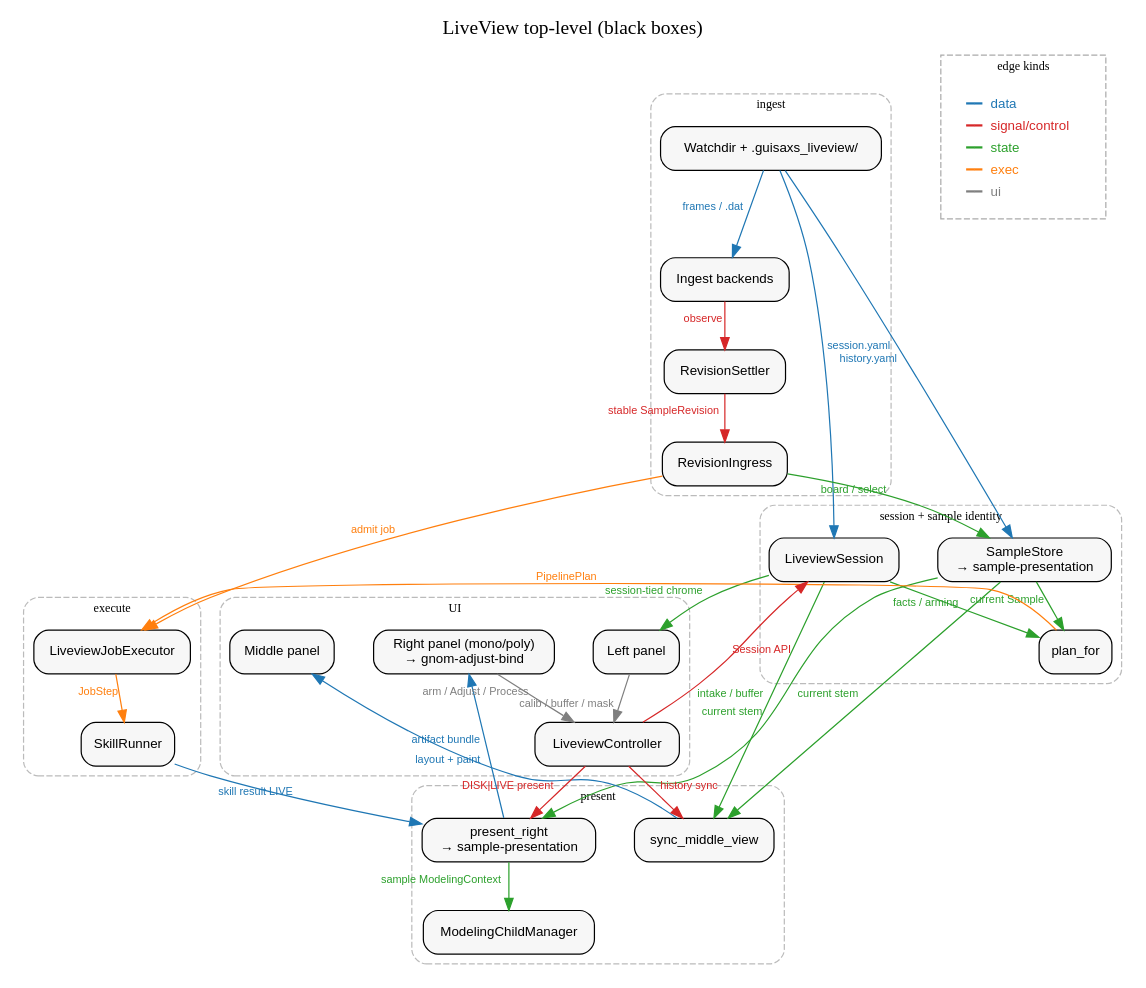
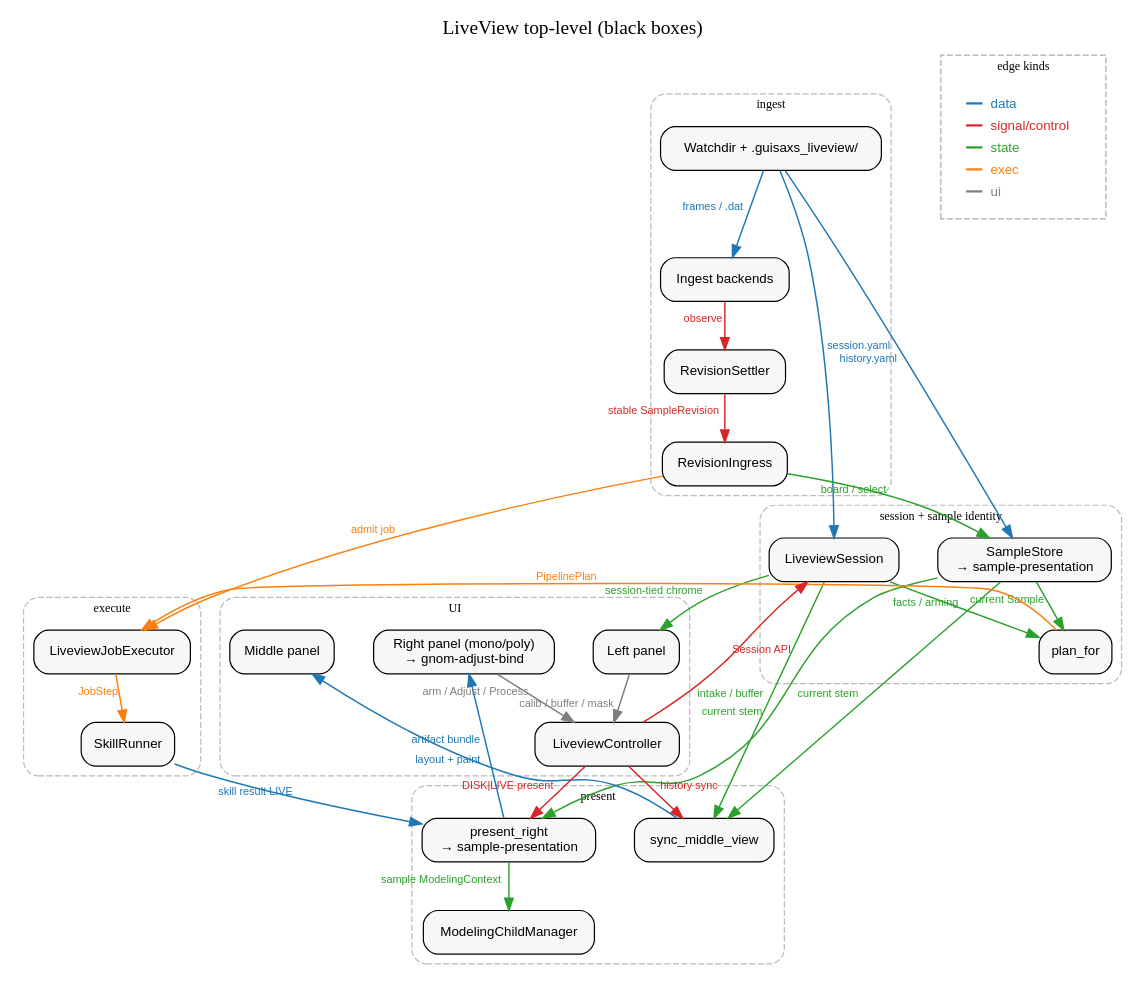
Before and after one commit to MikhailLifar/autoSAXS: the diagram in docs/architecture/liveview/diagrams/top.dot, drawn with Graphviz. The commit also changed 10 other files, not shown here.

First line of the commit message:
docs(architecture): mono vs GNOM Adjust bug/fix Graphviz scenarios

```diff
--- a/docs/architecture/liveview/diagrams/top.dot
+++ b/docs/architecture/liveview/diagrams/top.dot
@@ -1,73 +1,73 @@
 digraph {
   graph [rankdir=TB, labelloc="t", label="LiveView top-level (black boxes)", fontsize=16, nodesep=0.45, ranksep=0.55, splines=true, overlap=false];
   node [shape=box, style="rounded,filled", fillcolor="#f7f7f7", fontname="Helvetica", fontsize=11];
   edge [fontname="Helvetica", fontsize=9];
 
   subgraph cluster_ingest {
     label="ingest"; style="rounded,dashed"; color="#bbbbbb"; fontsize=10;
     "watchdir" [label="Watchdir + .guisaxs_liveview/"];
     "ingest_backends" [label="Ingest backends"];
     "settler" [label="RevisionSettler"];
     "ingress" [label="RevisionIngress"];
   }
 
   subgraph cluster_facts {
     label="session + sample identity"; style="rounded,dashed"; color="#bbbbbb"; fontsize=10;
     "session" [label="LiveviewSession"];
     "sample_store" [label="SampleStore\n→ sample-presentation"];
     "planner" [label="plan_for"];
   }
 
   subgraph cluster_run {
     label="execute"; style="rounded,dashed"; color="#bbbbbb"; fontsize=10;
     "executor" [label="LiveviewJobExecutor"];
     "skill_runner" [label="SkillRunner"];
   }
 
   subgraph cluster_present {
     label="present"; style="rounded,dashed"; color="#bbbbbb"; fontsize=10;
     "middle_sync" [label="sync_middle_view"];
     "present_right" [label="present_right\n→ sample-presentation"];
     "modeling" [label="ModelingChildManager"];
   }
 
   subgraph cluster_ui {
     label="UI"; style="rounded,dashed"; color="#bbbbbb"; fontsize=10;
     "controller" [label="LiveviewController"];
     "ui_left" [label="Left panel"];
     "ui_middle" [label="Middle panel"];
     "ui_right" [label="Right panel (mono/poly)\n→ gnom-adjust-bind"];
   }
 
 
-  "watchdir" -> "ingest_backends" [color="#1f77b4", fontcolor="#1f77b4", xlabel="frames / .dat"];
-  "ingest_backends" -> "settler" [color="#d62728", fontcolor="#d62728", xlabel="observe"];
-  "settler" -> "ingress" [color="#d62728", fontcolor="#d62728", xlabel="stable SampleRevision"];
-  "ingress" -> "sample_store" [color="#2ca02c", fontcolor="#2ca02c", xlabel="board / select"];
-  "ingress" -> "executor" [color="#ff7f0e", fontcolor="#ff7f0e", xlabel="admit job"];
-  "sample_store" -> "planner" [color="#2ca02c", fontcolor="#2ca02c", xlabel="current Sample"];
-  "session" -> "planner" [color="#2ca02c", fontcolor="#2ca02c", xlabel="facts / arming"];
-  "planner" -> "executor" [color="#ff7f0e", fontcolor="#ff7f0e", xlabel="PipelinePlan"];
-  "executor" -> "skill_runner" [color="#ff7f0e", fontcolor="#ff7f0e", xlabel="JobStep"];
-  "skill_runner" -> "present_right" [color="#1f77b4", fontcolor="#1f77b4", xlabel="skill result LIVE"];
-  "sample_store" -> "middle_sync" [color="#2ca02c", fontcolor="#2ca02c", xlabel="current stem"];
-  "session" -> "middle_sync" [color="#2ca02c", fontcolor="#2ca02c", xlabel="intake / buffer"];
-  "sample_store" -> "present_right" [color="#2ca02c", fontcolor="#2ca02c", xlabel="current stem"];
-  "present_right" -> "ui_right" [color="#1f77b4", fontcolor="#1f77b4", xlabel="artifact bundle"];
-  "middle_sync" -> "ui_middle" [color="#1f77b4", fontcolor="#1f77b4", xlabel="layout + paint"];
-  "controller" -> "session" [color="#d62728", fontcolor="#d62728", xlabel="Session API"];
-  "controller" -> "middle_sync" [color="#d62728", fontcolor="#d62728", xlabel="history sync"];
-  "controller" -> "present_right" [color="#d62728", fontcolor="#d62728", xlabel="DISK|LIVE present"];
-  "ui_left" -> "controller" [color="#7f7f7f", fontcolor="#7f7f7f", xlabel="calib / buffer / mask"];
-  "ui_right" -> "controller" [color="#7f7f7f", fontcolor="#7f7f7f", xlabel="arm / Adjust / Process"];
-  "session" -> "ui_left" [color="#2ca02c", fontcolor="#2ca02c", xlabel="session-tied chrome"];
-  "present_right" -> "modeling" [color="#2ca02c", fontcolor="#2ca02c", xlabel="sample ModelingContext"];
-  "watchdir" -> "session" [color="#1f77b4", fontcolor="#1f77b4", xlabel="session.yaml"];
-  "watchdir" -> "sample_store" [color="#1f77b4", fontcolor="#1f77b4", xlabel="history.yaml"];
+  "watchdir" -> "ingest_backends" [color="#1f77b4", fontcolor="#1f77b4", style="solid", penwidth=1.2, xlabel="frames / .dat"];
+  "ingest_backends" -> "settler" [color="#d62728", fontcolor="#d62728", style="solid", penwidth=1.2, xlabel="observe"];
+  "settler" -> "ingress" [color="#d62728", fontcolor="#d62728", style="solid", penwidth=1.2, xlabel="stable SampleRevision"];
+  "ingress" -> "sample_store" [color="#2ca02c", fontcolor="#2ca02c", style="solid", penwidth=1.2, xlabel="board / select"];
+  "ingress" -> "executor" [color="#ff7f0e", fontcolor="#ff7f0e", style="solid", penwidth=1.2, xlabel="admit job"];
+  "sample_store" -> "planner" [color="#2ca02c", fontcolor="#2ca02c", style="solid", penwidth=1.2, xlabel="current Sample"];
+  "session" -> "planner" [color="#2ca02c", fontcolor="#2ca02c", style="solid", penwidth=1.2, xlabel="facts / arming"];
+  "planner" -> "executor" [color="#ff7f0e", fontcolor="#ff7f0e", style="solid", penwidth=1.2, xlabel="PipelinePlan"];
+  "executor" -> "skill_runner" [color="#ff7f0e", fontcolor="#ff7f0e", style="solid", penwidth=1.2, xlabel="JobStep"];
+  "skill_runner" -> "present_right" [color="#1f77b4", fontcolor="#1f77b4", style="solid", penwidth=1.2, xlabel="skill result LIVE"];
+  "sample_store" -> "middle_sync" [color="#2ca02c", fontcolor="#2ca02c", style="solid", penwidth=1.2, xlabel="current stem"];
+  "session" -> "middle_sync" [color="#2ca02c", fontcolor="#2ca02c", style="solid", penwidth=1.2, xlabel="intake / buffer"];
+  "sample_store" -> "present_right" [color="#2ca02c", fontcolor="#2ca02c", style="solid", penwidth=1.2, xlabel="current stem"];
+  "present_right" -> "ui_right" [color="#1f77b4", fontcolor="#1f77b4", style="solid", penwidth=1.2, xlabel="artifact bundle"];
+  "middle_sync" -> "ui_middle" [color="#1f77b4", fontcolor="#1f77b4", style="solid", penwidth=1.2, xlabel="layout + paint"];
+  "controller" -> "session" [color="#d62728", fontcolor="#d62728", style="solid", penwidth=1.2, xlabel="Session API"];
+  "controller" -> "middle_sync" [color="#d62728", fontcolor="#d62728", style="solid", penwidth=1.2, xlabel="history sync"];
+  "controller" -> "present_right" [color="#d62728", fontcolor="#d62728", style="solid", penwidth=1.2, xlabel="DISK|LIVE present"];
+  "ui_left" -> "controller" [color="#7f7f7f", fontcolor="#7f7f7f", style="solid", penwidth=1.2, xlabel="calib / buffer / mask"];
+  "ui_right" -> "controller" [color="#7f7f7f", fontcolor="#7f7f7f", style="solid", penwidth=1.2, xlabel="arm / Adjust / Process"];
+  "session" -> "ui_left" [color="#2ca02c", fontcolor="#2ca02c", style="solid", penwidth=1.2, xlabel="session-tied chrome"];
+  "present_right" -> "modeling" [color="#2ca02c", fontcolor="#2ca02c", style="solid", penwidth=1.2, xlabel="sample ModelingContext"];
+  "watchdir" -> "session" [color="#1f77b4", fontcolor="#1f77b4", style="solid", penwidth=1.2, xlabel="session.yaml"];
+  "watchdir" -> "sample_store" [color="#1f77b4", fontcolor="#1f77b4", style="solid", penwidth=1.2, xlabel="history.yaml"];
 
   subgraph cluster_legend {
     label="edge kinds"; fontsize=10; style="dashed"; color="#aaaaaa";
     node [shape=plaintext, fillcolor="white", style=""];
     legend [label=<<table border="0" cellborder="0" cellspacing="2"><tr><td><font color="#1f77b4">━━</font></td><td align="left"><font color="#1f77b4">data</font></td></tr><tr><td><font color="#d62728">━━</font></td><td align="left"><font color="#d62728">signal/control</font></td></tr><tr><td><font color="#2ca02c">━━</font></td><td align="left"><font color="#2ca02c">state</font></td></tr><tr><td><font color="#ff7f0e">━━</font></td><td align="left"><font color="#ff7f0e">exec</font></td></tr><tr><td><font color="#7f7f7f">━━</font></td><td align="left"><font color="#7f7f7f">ui</font></td></tr></table>>];
   }
 }
```
